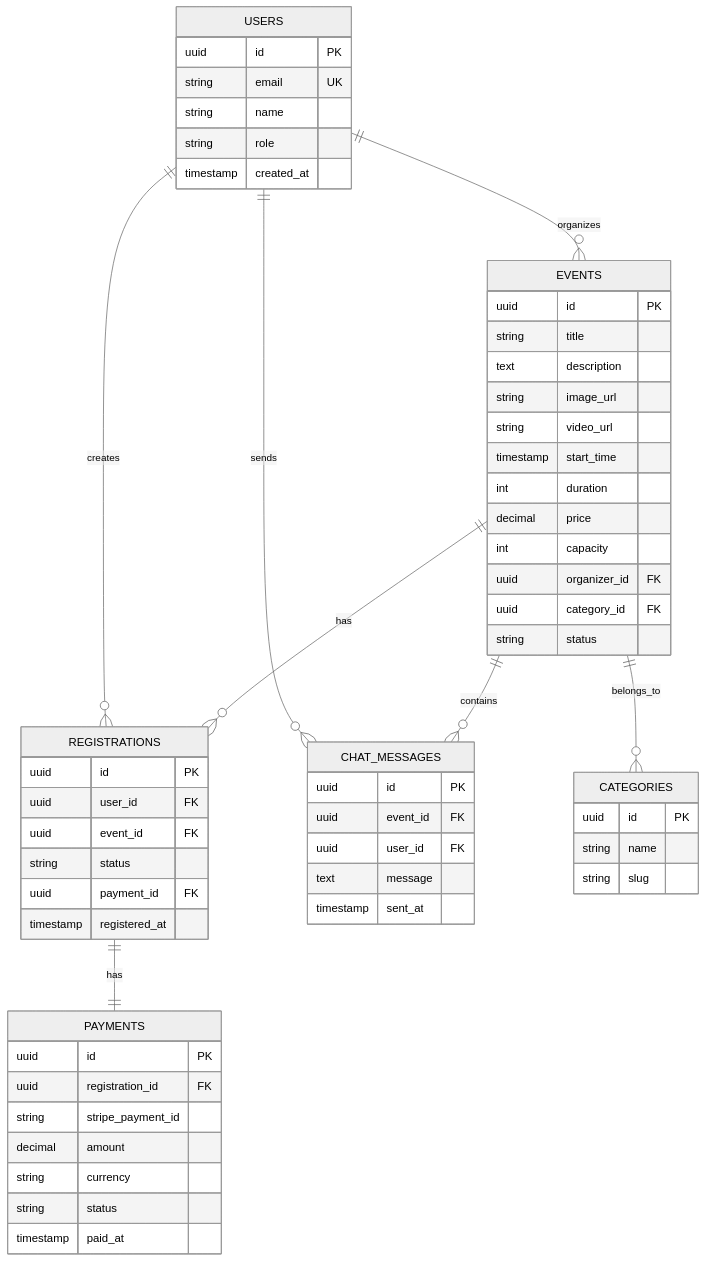
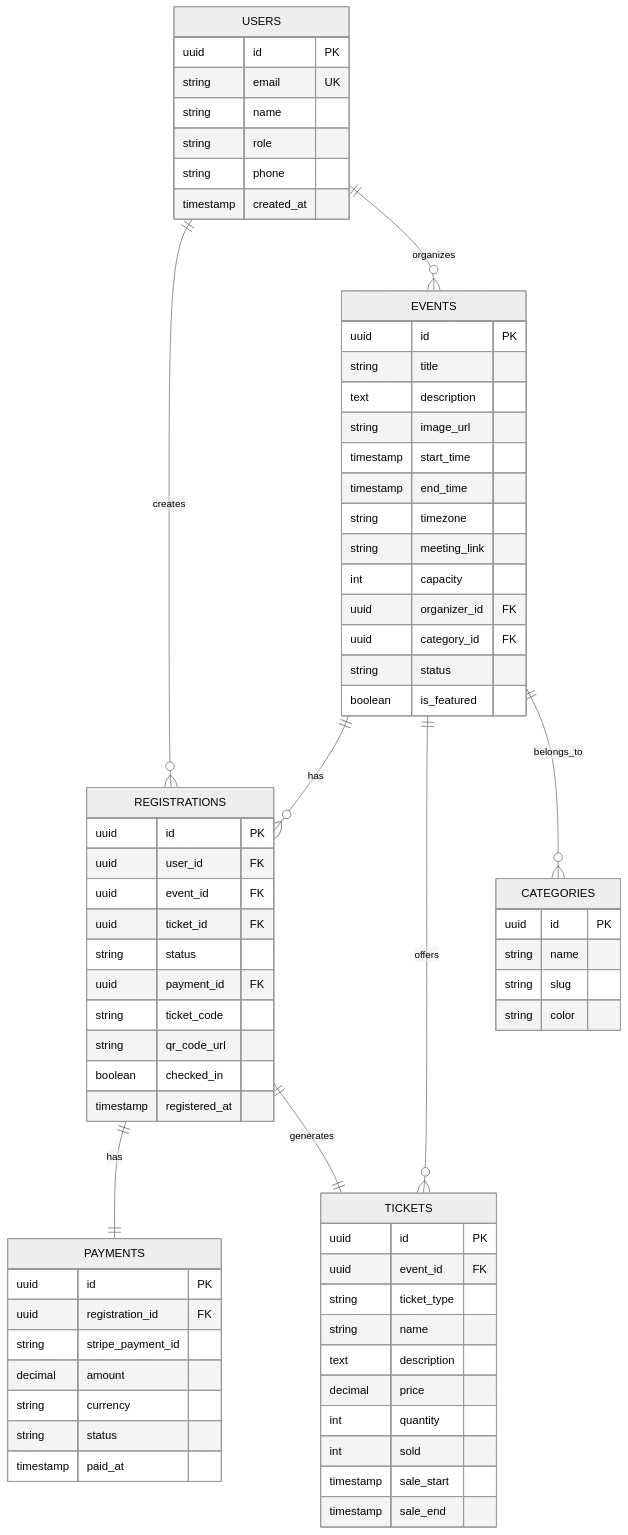
Before and after one commit to Deimos999/Web-dev: the fifth of 6 diagrams in Project/README.md, drawn with Mermaid (neutral theme). The commit also changed other lines of this file, not shown here.

Commit message:
Start of project structure in README

````diff
--- a/Project/README.md
+++ b/Project/README.md
@@ -192,66 +188,78 @@
 ```mermaid
 erDiagram
     USERS ||--o{ REGISTRATIONS : creates
     USERS ||--o{ EVENTS : organizes
-    USERS ||--o{ CHAT_MESSAGES : sends
     EVENTS ||--o{ REGISTRATIONS : has
-    EVENTS ||--o{ CHAT_MESSAGES : contains
+    EVENTS ||--o{ TICKETS : offers
     EVENTS ||--o{ CATEGORIES : belongs_to
     REGISTRATIONS ||--|| PAYMENTS : has
+    REGISTRATIONS ||--|| TICKETS : generates
     
     USERS {
         uuid id PK
         string email UK
         string name
         string role
+        string phone
         timestamp created_at
     }
     
     EVENTS {
         uuid id PK
         string title
         text description
         string image_url
-        string video_url
         timestamp start_time
-        int duration
-        decimal price
+        timestamp end_time
+        string timezone
+        string meeting_link
         int capacity
         uuid organizer_id FK
         uuid category_id FK
         string status
+        boolean is_featured
+    }
+    
+    TICKETS {
+        uuid id PK
+        uuid event_id FK
+        string ticket_type
+        string name
+        text description
+        decimal price
+        int quantity
+        int sold
+        timestamp sale_start
+        timestamp sale_end
     }
     
     REGISTRATIONS {
         uuid id PK
         uuid user_id FK
         uuid event_id FK
+        uuid ticket_id FK
         string status
         uuid payment_id FK
+        string ticket_code
+        string qr_code_url
+        boolean checked_in
         timestamp registered_at
     }
     
     PAYMENTS {
         uuid id PK
         uuid registration_id FK
         string stripe_payment_id
         decimal amount
         string currency
         string status
         timestamp paid_at
     }
     
     CATEGORIES {
         uuid id PK
         string name
         string slug
-    }
-    
-    CHAT_MESSAGES {
-        uuid id PK
-        uuid event_id FK
-        uuid user_id FK
-        text message
-        timestamp sent_at
+        string color
     }
 ```
````
